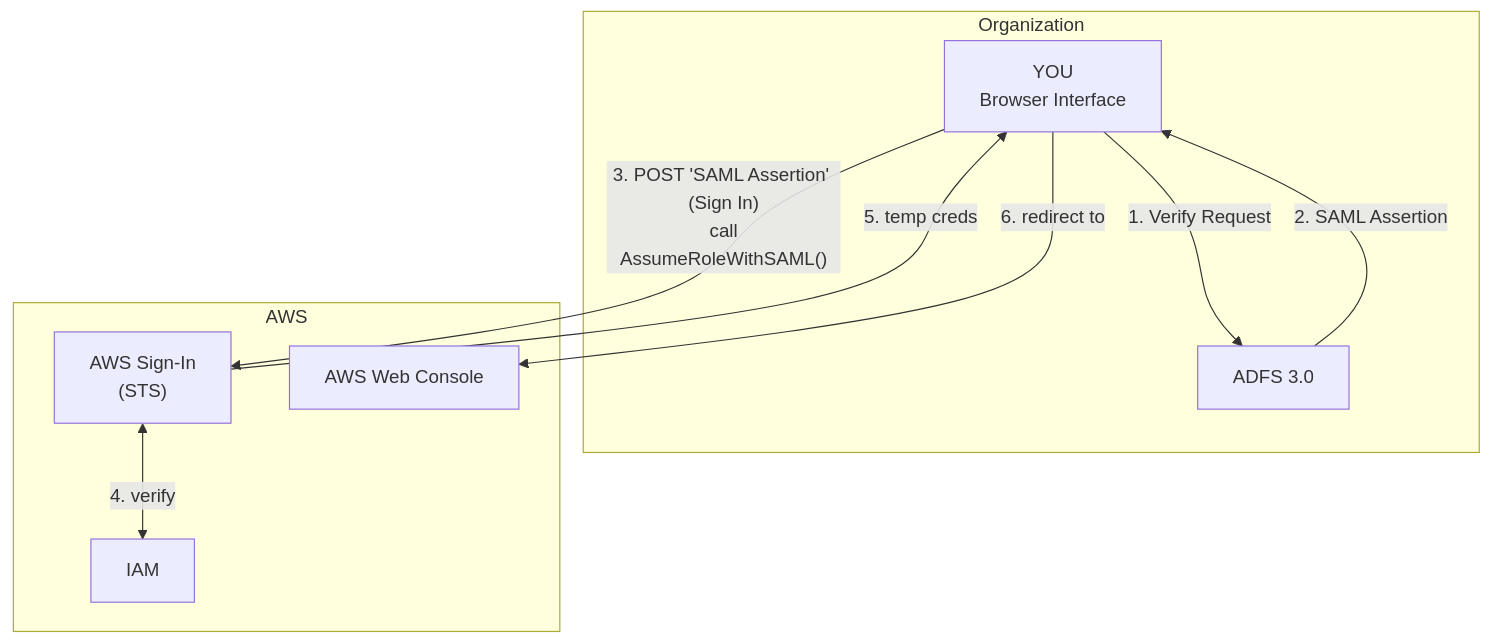
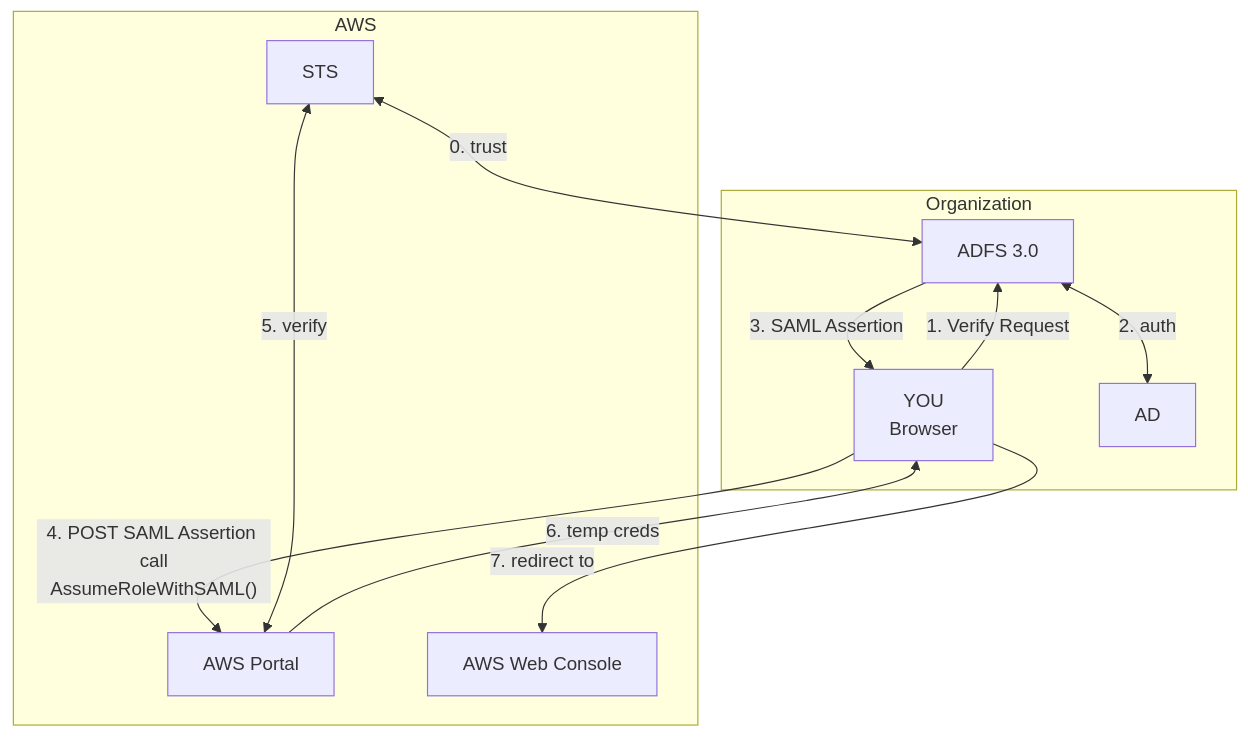
The fifth of 11 diagrams in aws/iam.md (cool21540125/documentation-notes), drawn with Mermaid before and after one commit. The commit also changed other lines of this file and 8 other files, not shown here.

````diff
--- a/aws/iam.md
+++ b/aws/iam.md
@@ -348,19 +359,22 @@
 ```mermaid
 flowchart TB
 
+STS <-- "0. trust" --> adfs;
+
 subgraph org["Organization"]
-    user["YOU \n Browser Interface"]
+    user["YOU \n Browser"]
     user -- "1. Verify Request" --> adfs["ADFS 3.0"]
-    adfs -- "2. SAML Assertion" --> user;
+    adfs <-- 2. auth --> AD;
+    adfs -- "3. SAML Assertion" --> user;
 end
 subgraph AWS
-    STS["AWS Sign-In \n (STS)"]
-    IAM
+    portal["AWS Portal"]
+    STS
     web["AWS Web Console"]
 end
 
-user -- "3. POST 'SAML Assertion' \n (Sign In) \n call AssumeRoleWithSAML()" --> STS;
-STS <-- "4. verify" --> IAM
-STS -- "5. temp creds" --> user;
-user -- "6. redirect to" --> web
+user -- "4. POST SAML Assertion \n call AssumeRoleWithSAML()" --> portal;
+portal <-- "5. verify" --> STS
+portal -- "6. temp creds" --> user;
+user -- "7. redirect to" --> web
 ```
````
